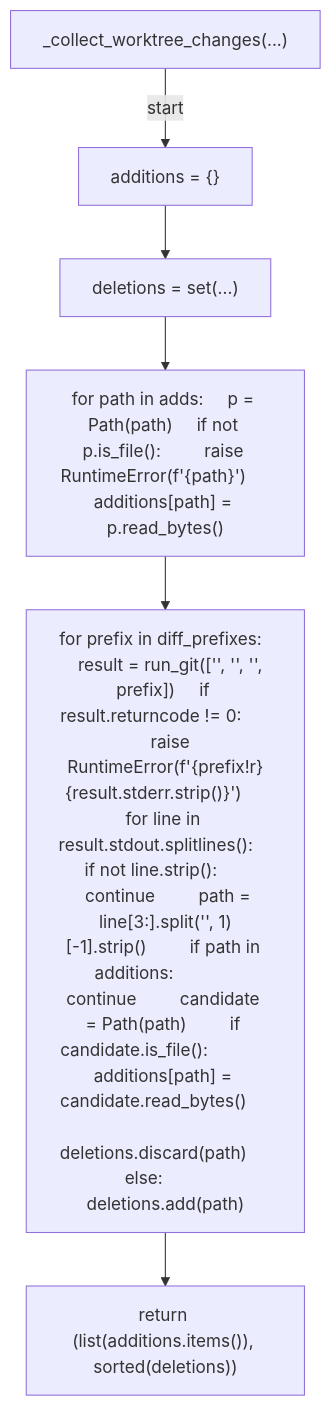
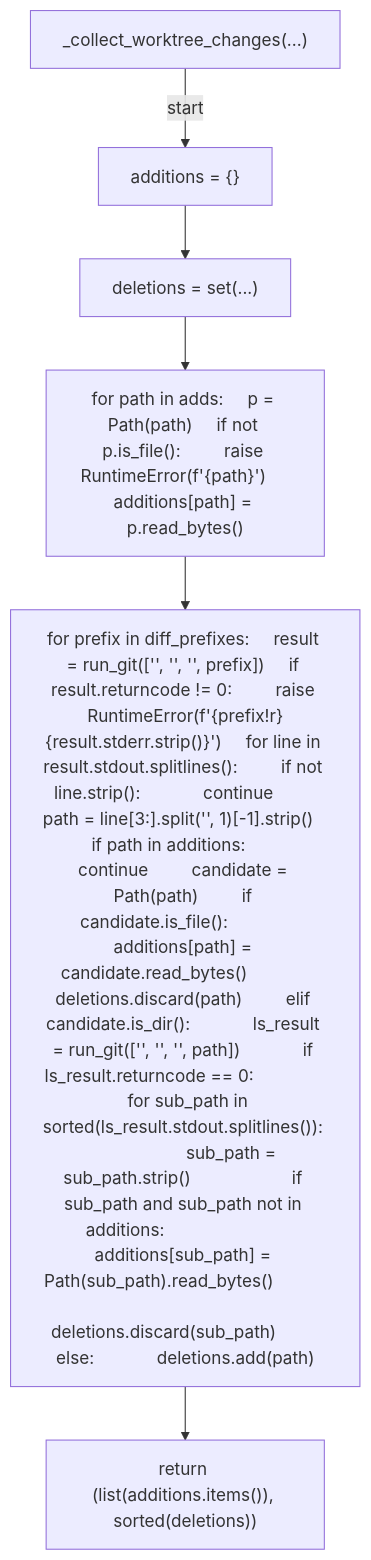
One commit to tvna/claude-md changed diagram 21 of 23 in docs/generated/scripts/ast/pr_upsert.md. Above: the diagram before and after it, drawn with Mermaid. The commit also changed 9 other files, not shown here.

First line of the commit message:
docs(generated): regenerate decision tree and workflow diagrams

````diff
--- a/docs/generated/scripts/ast/pr_upsert.md
+++ b/docs/generated/scripts/ast/pr_upsert.md
@@ -531,14 +531,14 @@
 ```mermaid
 flowchart TD
     N001["_collect_worktree_changes(...)"]
     N002["additions = {}"]
     N003["deletions = set(...)"]
     N004["for path in adds:     p = Path(path)     if not p.is_file():         raise RuntimeError(f'<str>{path}')     additions[path] = p.read_bytes()"]
-    N005["for prefix in diff_prefixes:     result = run_git(['<str>', '<str>', '<str>', prefix])     if result.returncode != 0:         raise RuntimeError(f'<str>{prefix!r}<str>{result.stderr.strip()}')     for line in result.stdout.splitlines():         if not line.strip():             continue         path = line[3:].split('<str>', 1)[-1].strip()         if path in additions:             continue         candidate = Path(path)         if candidate.is_file():             additions[path] = candidate.read_bytes()             deletions.discard(path)         else:             deletions.add(path)"]
+    N005["for prefix in diff_prefixes:     result = run_git(['<str>', '<str>', '<str>', prefix])     if result.returncode != 0:         raise RuntimeError(f'<str>{prefix!r}<str>{result.stderr.strip()}')     for line in result.stdout.splitlines():         if not line.strip():             continue         path = line[3:].split('<str>', 1)[-1].strip()         if path in additions:             continue         candidate = Path(path)         if candidate.is_file():             additions[path] = candidate.read_bytes()             deletions.discard(path)         elif candidate.is_dir():             ls_result = run_git(['<str>', '<str>', '<str>', path])             if ls_result.returncode == 0:                 for sub_path in sorted(ls_result.stdout.splitlines()):                     sub_path = sub_path.strip()                     if sub_path and sub_path not in additions:                         additions[sub_path] = Path(sub_path).read_bytes()                         deletions.discard(sub_path)         else:             deletions.add(path)"]
     N006["return (list(additions.items()), sorted(deletions))"]
     N001 -->|"start"| N002
     N002 --> N003
     N003 --> N004
     N004 --> N005
     N005 --> N006
 ```
````
